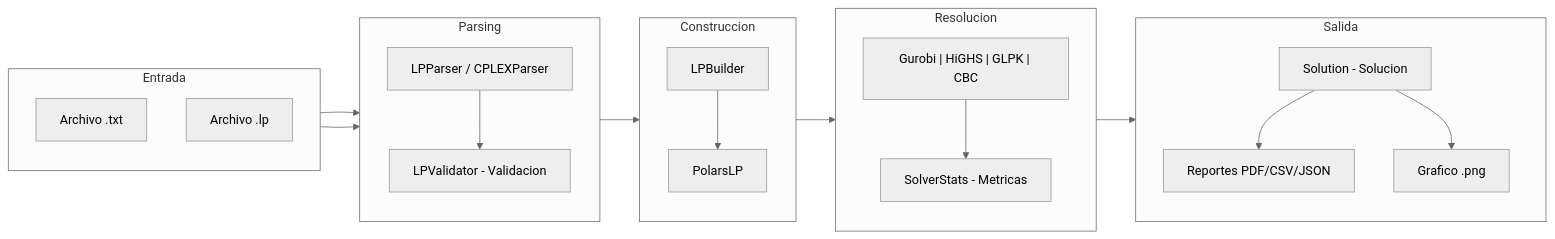
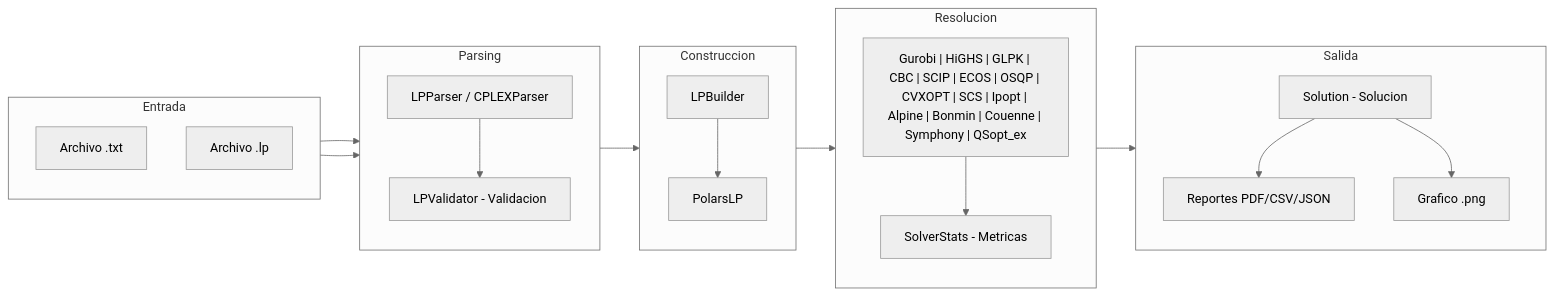
Before and after one commit to Oyhs-co/ISLA-LP-Benchmark: the second of 35 diagrams in README.md, drawn with Mermaid (neutral theme). The commit also changed other lines of this file and 7 other files, not shown here.

````diff
--- a/README.md
+++ b/README.md
@@ -127,44 +138,44 @@
 ```mermaid
 flowchart LR
     subgraph ENTRADA["Entrada"]
         direction TB
         TXT["Archivo .txt"]
         LP["Archivo .lp"]
     end
     
     subgraph PARSEO["Parsing"]
         direction TB
         PARSER["LPParser / CPLEXParser"]
         VALID["LPValidator - Validacion"]
     end
     
     subgraph CONSTRUCCION["Construccion"]
         direction TB
         BUILD["LPBuilder"]
         POLARS["PolarsLP"]
     end
     
     subgraph RESOLUCION["Resolucion"]
         direction TB
-        SOLVERS["Gurobi | HiGHS | GLPK | CBC"]
+        SOLVERS["Gurobi | HiGHS | GLPK | CBC | SCIP | ECOS | OSQP | CVXOPT | SCS | Ipopt | Alpine | Bonmin | Couenne | Symphony | QSopt_ex"]
         STATS["SolverStats - Metricas"]
     end
     
     subgraph SALIDA["Salida"]
         direction TB
         SOL["Solution - Solucion"]
         REPORT["Reportes PDF/CSV/JSON"]
         VIS["Grafico .png"]
     end
     
     TXT --> PARSER
     LP --> PARSER
     PARSER --> VALID
     VALID --> BUILD
     BUILD --> POLARS
     POLARS --> SOLVERS
     SOLVERS --> STATS
     STATS --> SOL
     SOL --> REPORT
     SOL --> VIS
 ```
````
